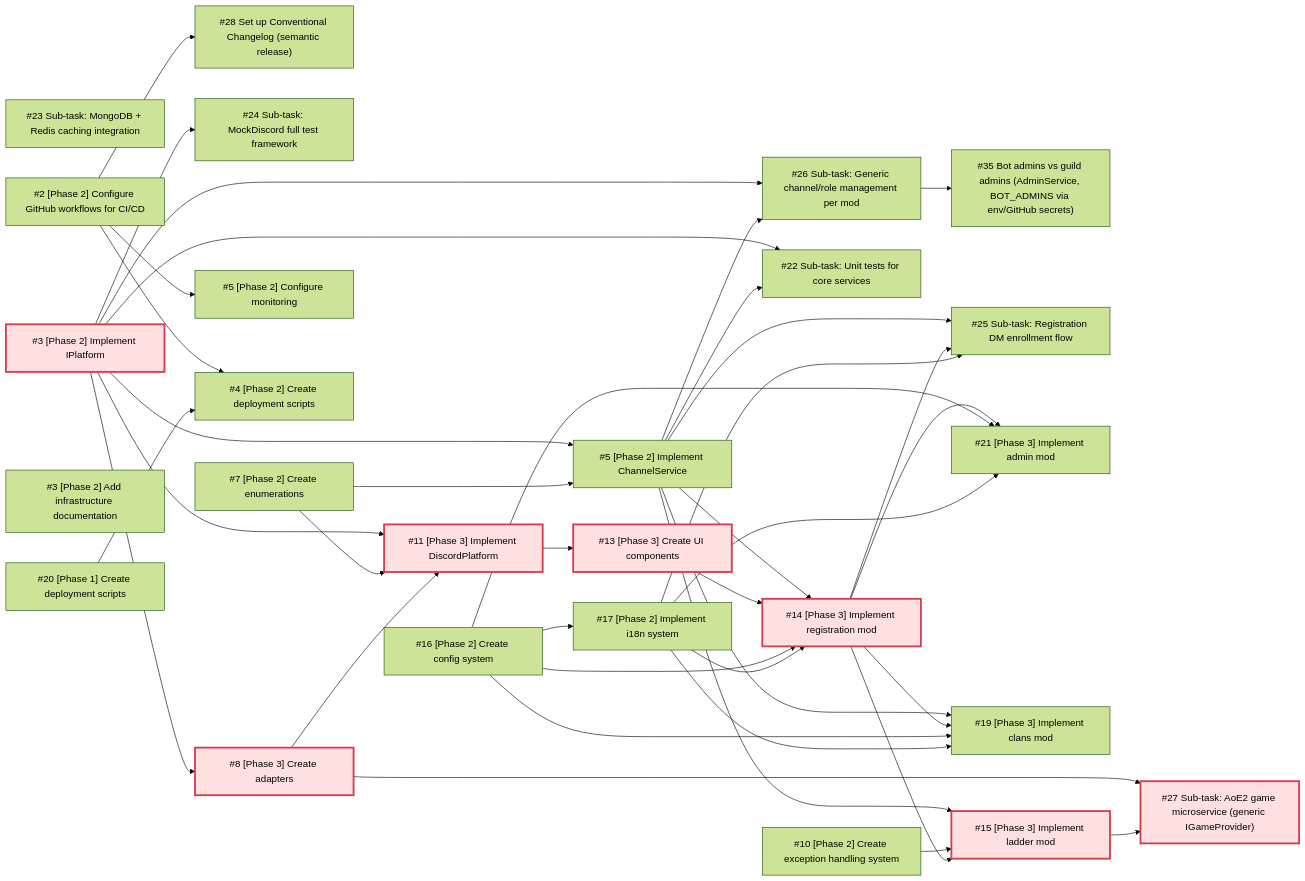
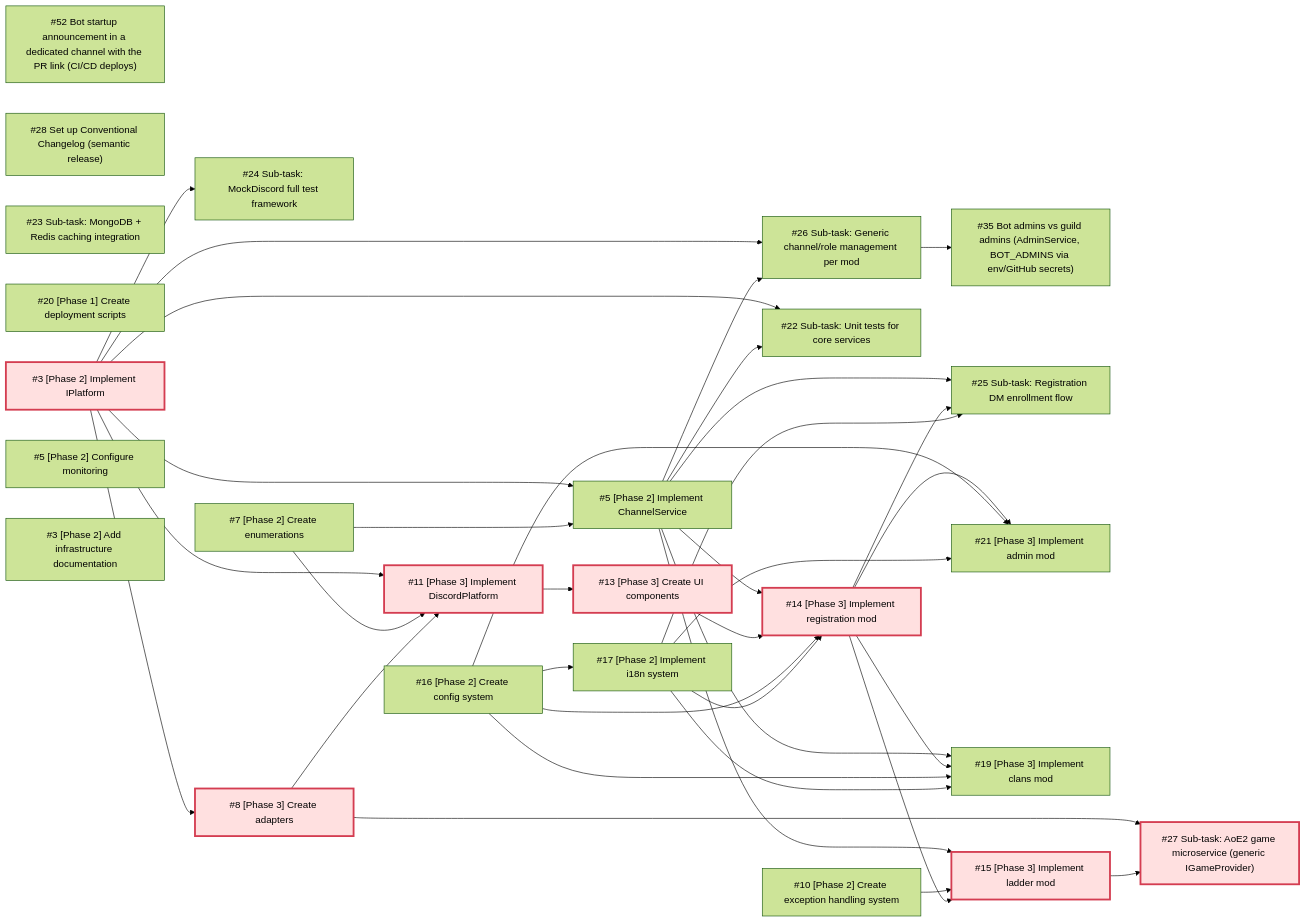
One commit to merlin-pinpin-org/kingdoms changed the diagram in docs/DEPENDENCIES.md. Above: the diagram before and after it, drawn with Mermaid (forest theme). The commit also changed other lines of this file and 1 other file, not shown here.

First line of the commit message:
docs(roadmap): sync with GitHub issues (infra#2, infra#4 done; #52 added)

````diff
--- a/docs/DEPENDENCIES.md
+++ b/docs/DEPENDENCIES.md
@@ -28,68 +28,63 @@
 ```mermaid
 flowchart LR
+    ks_52["#52 Bot startup announcement in a dedicated channel with the PR link (CI/CD deploys)"]
     ks_35["#35 Bot admins vs guild admins (AdminService, BOT_ADMINS via env/GitHub secrets)"]
     ks_28["#28 Set up Conventional Changelog (semantic release)"]
     ks_27["#27 Sub-task: AoE2 game microservice (generic IGameProvider)"]
     ks_26["#26 Sub-task: Generic channel/role management per mod"]
     ks_25["#25 Sub-task: Registration DM enrollment flow"]
     ks_24["#24 Sub-task: MockDiscord full test framework"]
     ks_23["#23 Sub-task: MongoDB + Redis caching integration"]
     ks_22["#22 Sub-task: Unit tests for core services"]
     ks_21["#21 [Phase 3] Implement admin mod"]
     ks_20["#20 [Phase 1] Create deployment scripts"]
     ks_19["#19 [Phase 3] Implement clans mod"]
     ks_17["#17 [Phase 2] Implement i18n system"]
     ks_16["#16 [Phase 2] Create config system"]
     ks_15["#15 [Phase 3] Implement ladder mod"]
     ks_14["#14 [Phase 3] Implement registration mod"]
     ks_13["#13 [Phase 3] Create UI components"]
     ks_11["#11 [Phase 3] Implement DiscordPlatform"]
     ks_10["#10 [Phase 2] Create exception handling system"]
     ks_8["#8 [Phase 3] Create adapters"]
     ks_7["#7 [Phase 2] Create enumerations"]
     ks_5["#5 [Phase 2] Implement ChannelService"]
     ks_3["#3 [Phase 2] Implement IPlatform"]
     ki_5["#5 [Phase 2] Configure monitoring"]
-    ki_4["#4 [Phase 2] Create deployment scripts"]
     ki_3["#3 [Phase 2] Add infrastructure documentation"]
-    ki_2["#2 [Phase 2] Configure GitHub workflows for CI/CD"]
     ks_26 --> ks_35
-    ki_2 --> ks_28
     ks_8 --> ks_27
     ks_15 --> ks_27
     ks_3 --> ks_26
     ks_5 --> ks_26
     ks_5 --> ks_25
     ks_14 --> ks_25
     ks_17 --> ks_25
     ks_3 --> ks_24
     ks_3 --> ks_22
     ks_5 --> ks_22
     ks_14 --> ks_21
     ks_16 --> ks_21
     ks_17 --> ks_21
     ks_5 --> ks_19
     ks_14 --> ks_19
     ks_16 --> ks_19
     ks_17 --> ks_19
     ks_16 --> ks_17
     ks_5 --> ks_15
     ks_10 --> ks_15
     ks_14 --> ks_15
     ks_5 --> ks_14
     ks_13 --> ks_14
     ks_16 --> ks_14
     ks_17 --> ks_14
     ks_11 --> ks_13
     ks_3 --> ks_11
     ks_7 --> ks_11
     ks_8 --> ks_11
     ks_3 --> ks_8
     ks_3 --> ks_5
     ks_7 --> ks_5
-    ki_2 --> ki_5
-    ki_2 --> ki_4
-    ks_20 --> ki_4
     classDef critical fill:#ffe0e0,stroke:#d43d51,stroke-width:3px;
     class ks_3,ks_8,ks_11,ks_13,ks_14,ks_15,ks_27 critical
 ```
````
